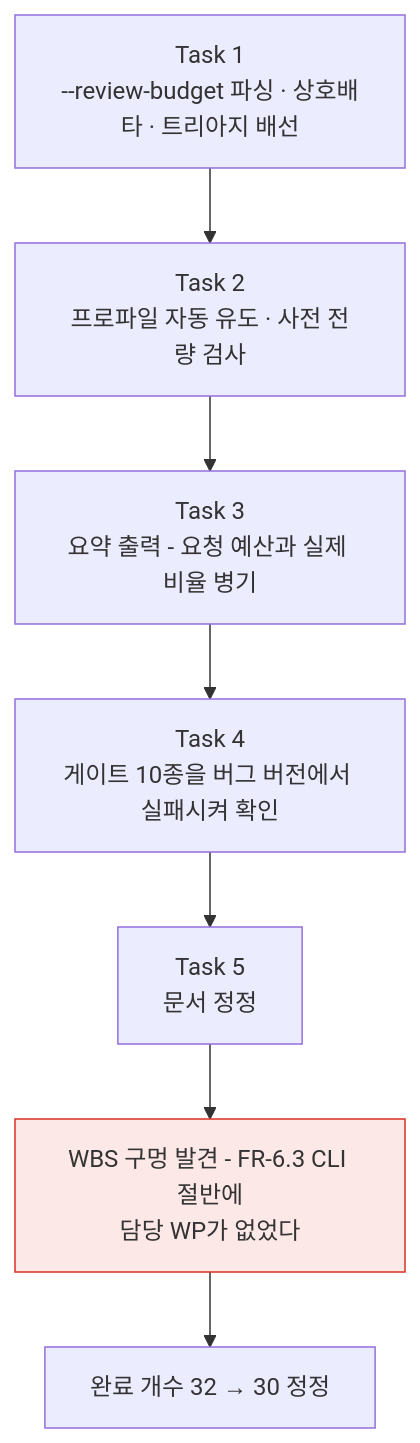
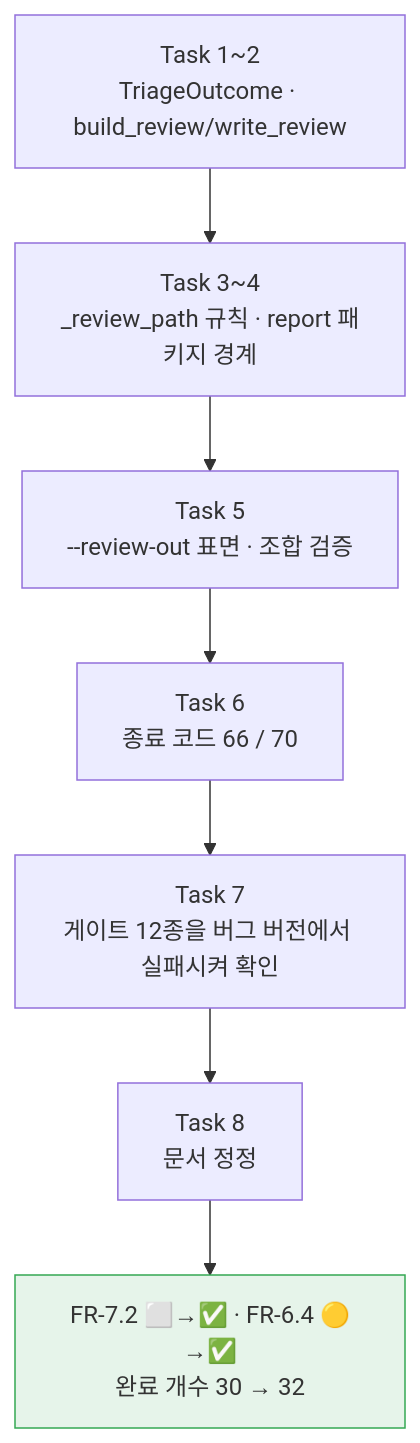
The diagram in HANDOFF.md (withwooyong/cuesift), drawn with Mermaid before and after one commit. The commit also changed other lines of this file and 18 other files, not shown here.

First line of the commit message:
기능: 트리아지 검수 큐를 review.json으로 내보낸다 (FR-7.2 · FR-6.4)

````diff
--- a/HANDOFF.md
+++ b/HANDOFF.md
@@ -26,10 +25,10 @@
 ```mermaid
 flowchart TD
-    A["Task 1<br/>--review-budget 파싱 · 상호배타 · 트리아지 배선"] --> B["Task 2<br/>프로파일 자동 유도 · 사전 전량 검사"]
-    B --> C["Task 3<br/>요약 출력 - 요청 예산과 실제 비율 병기"]
-    C --> D["Task 4<br/>게이트 10종을 버그 버전에서 실패시켜 확인"]
-    D --> E["Task 5<br/>문서 정정"]
-    E --> F["WBS 구멍 발견 - FR-6.3 CLI 절반에<br/>담당 WP가 없었다"]
-    F --> G["완료 개수 32 → 30 정정"]
-    style F fill:#fce8e6,stroke:#d93025
+    A["Task 1~2<br/>TriageOutcome · build_review/write_review"] --> B["Task 3~4<br/>_review_path 규칙 · report 패키지 경계"]
+    B --> C["Task 5<br/>--review-out 표면 · 조합 검증"]
+    C --> D["Task 6<br/>종료 코드 66 / 70"]
+    D --> E["Task 7<br/>게이트 12종을 버그 버전에서 실패시켜 확인"]
+    E --> F["Task 8<br/>문서 정정"]
+    F --> G["FR-7.2 ⬜→✅ · FR-6.4 🟡→✅<br/>완료 개수 30 → 32"]
+    style G fill:#e6f4ea,stroke:#34a853
 ```
````
